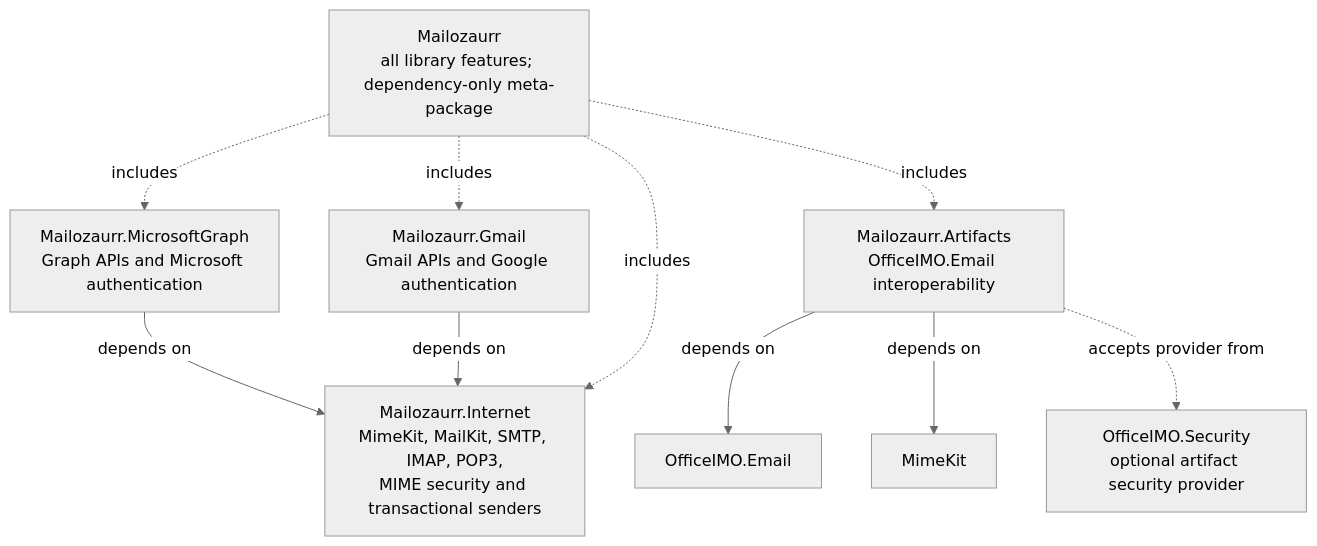
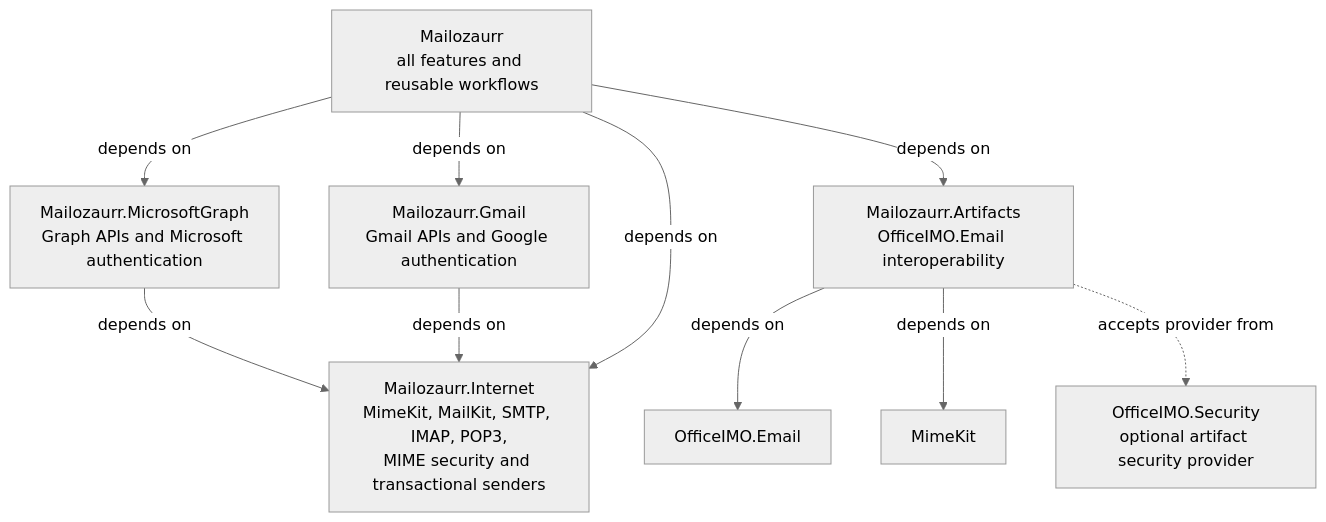
Before and after one commit to EvotecIT/Mailozaurr: the first of 2 diagrams in Docs/Platform-Architecture.md, drawn with Mermaid (neutral theme). The commit also changed other lines of this file and 754 other files, not shown here.

Commit message:
Make Mailozaurr the all-features workflow package

````diff
--- a/Docs/Platform-Architecture.md
+++ b/Docs/Platform-Architecture.md
@@ -125,20 +125,20 @@
 ```mermaid
 flowchart TD
-    ALL["Mailozaurr<br/>all library features; dependency-only meta-package"]
+    ALL["Mailozaurr<br/>all features and reusable workflows"]
     INTERNET["Mailozaurr.Internet<br/>MimeKit, MailKit, SMTP, IMAP, POP3,<br/>MIME security and transactional senders"]
     GRAPH["Mailozaurr.MicrosoftGraph<br/>Graph APIs and Microsoft authentication"]
     GMAIL["Mailozaurr.Gmail<br/>Gmail APIs and Google authentication"]
     ARTIFACTS["Mailozaurr.Artifacts<br/>OfficeIMO.Email interoperability"]
     SECURITY["OfficeIMO.Security<br/>optional artifact security provider"]
 
     GRAPH -- "depends on" --> INTERNET
     GMAIL -- "depends on" --> INTERNET
     ARTIFACTS -- "depends on" --> EMAIL["OfficeIMO.Email"]
     ARTIFACTS -- "depends on" --> MIME["MimeKit"]
     ARTIFACTS -. "accepts provider from" .-> SECURITY
 
-    ALL -. "includes" .-> INTERNET
-    ALL -. "includes" .-> GRAPH
-    ALL -. "includes" .-> GMAIL
-    ALL -. "includes" .-> ARTIFACTS
+    ALL -- "depends on" --> INTERNET
+    ALL -- "depends on" --> GRAPH
+    ALL -- "depends on" --> GMAIL
+    ALL -- "depends on" --> ARTIFACTS
 ```
````
